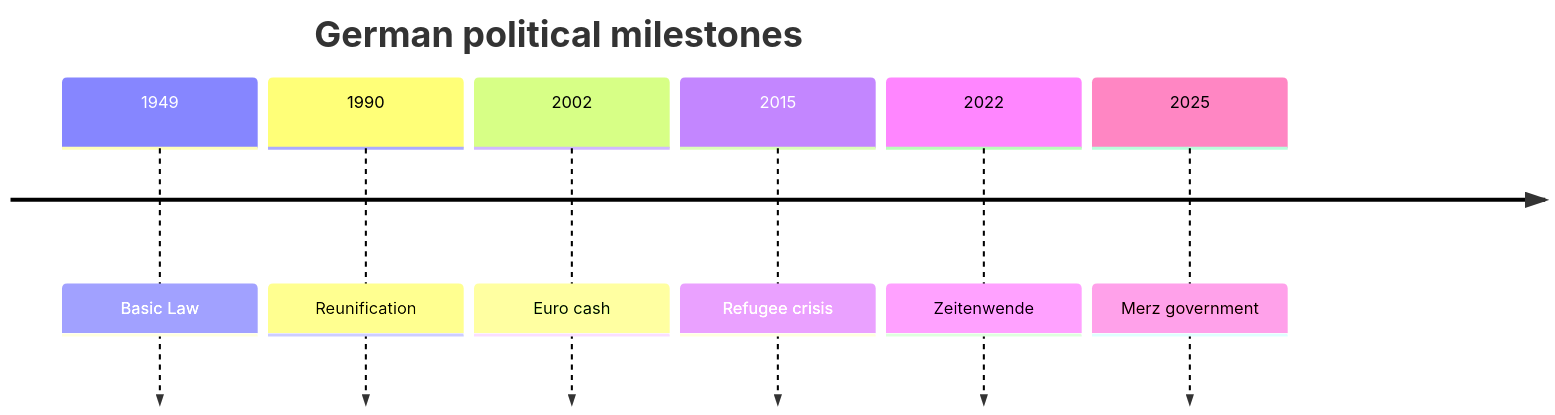
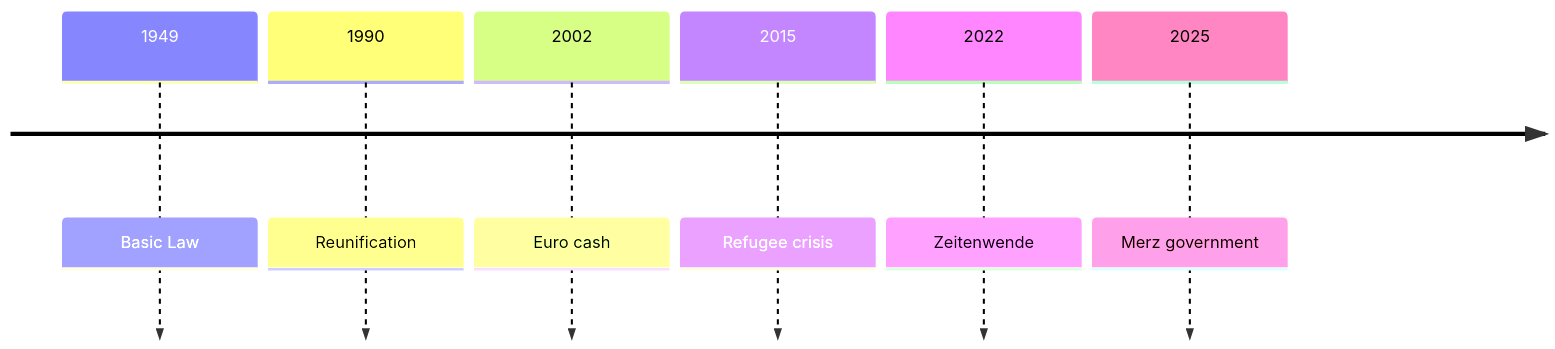
Before and after one commit to daylight55/research: the second of 2 diagrams in articles/report/germany-geopolitical-profile/en/index.mdx, drawn with Mermaid. The commit also changed other lines of this file and 181 other files, not shown here.

First line of the commit message:
全記事の図解368点を再生成し、共通注意書きを削除 (#402)

````diff
--- a/articles/report/germany-geopolitical-profile/en/index.mdx
+++ b/articles/report/germany-geopolitical-profile/en/index.mdx
@@ -41,10 +49,13 @@
 ```mermaid
 timeline
-  title German political milestones
+  accTitle: Milestones in German reunification, integration and security
+  accDescr: The chronology covers the post-war constitution, reunification, the euro, refugee policy, security change and a new government.
+  accTitle: Milestones in German reunification, integration and security
+  accDescr: The chronology covers the post-war constitution, reunification, the euro, refugee policy, security change and a new government.
   1949 : Basic Law
   1990 : Reunification
   2002 : Euro cash
   2015 : Refugee crisis
   2022 : Zeitenwende
   2025 : Merz government
 ```
````
